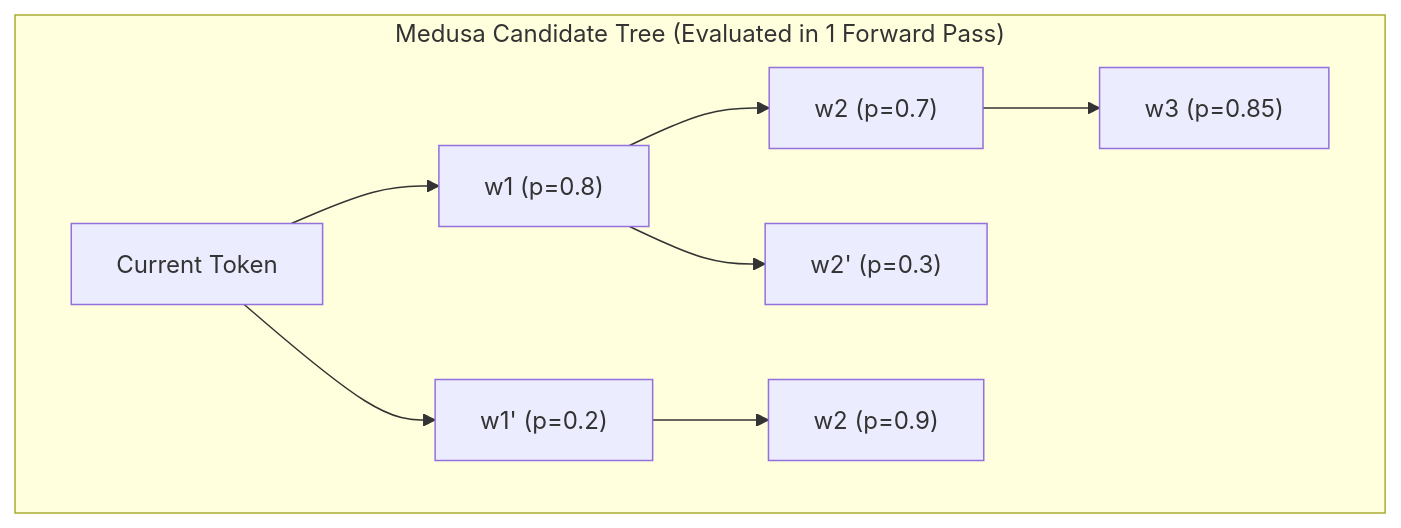
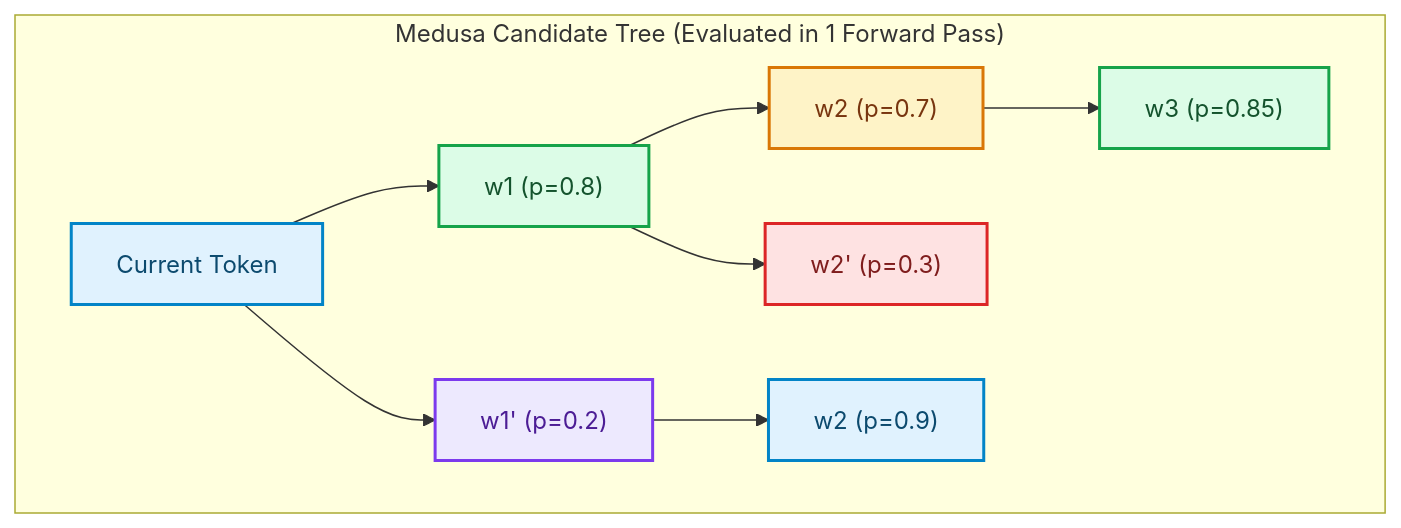
The fourth of 4 diagrams in blog/posts/speculative-decoding-medusa-tree-attention-accelerating-llm-inference.md (akmalkhaniub/akmalkhaniub.github.io), drawn with Mermaid before and after one commit. The commit also changed other lines of this file and 1291 other files, not shown here.

First line of the commit message:
feat(catalog): unique covers, scholarly references, and diagram palettes

````diff
--- a/blog/posts/speculative-decoding-medusa-tree-attention-accelerating-llm-inference.md
+++ b/blog/posts/speculative-decoding-medusa-tree-attention-accelerating-llm-inference.md
@@ -101,14 +123,25 @@
 ```mermaid
 flowchart TD
   subgraph SG4_MedusaCandidateTree ["Medusa Candidate Tree (Evaluated in 1 Forward Pass)"]
-    Root[Current Token] --> A["w1 (p=0.8)"]
+    Root["Current Token"] --> A["w1 (p=0.8)"]
     Root --> B["w1' (p=0.2)"]
     
     A --> A1["w2 (p=0.7)"]
     A --> A2["w2' (p=0.3)"]
     
     B --> B1["w2 (p=0.9)"]
     
     A1 --> A11["w3 (p=0.85)"]
   end
+
+classDef green fill:#dcfce7,stroke:#16a34a,stroke-width:2px,color:#14532d;
+classDef red fill:#fee2e2,stroke:#dc2626,stroke-width:2px,color:#7f1d1d;
+classDef blue fill:#e0f2fe,stroke:#0284c7,stroke-width:2px,color:#0c4a6e;
+classDef yellow fill:#fef3c7,stroke:#d97706,stroke-width:2px,color:#78350f;
+classDef purple fill:#ede9fe,stroke:#7c3aed,stroke-width:2px,color:#4c1d95;
+class Root,B1 blue
+class A,A11 green
+class B purple
+class A1 yellow
+class A2 red
 ```
````
